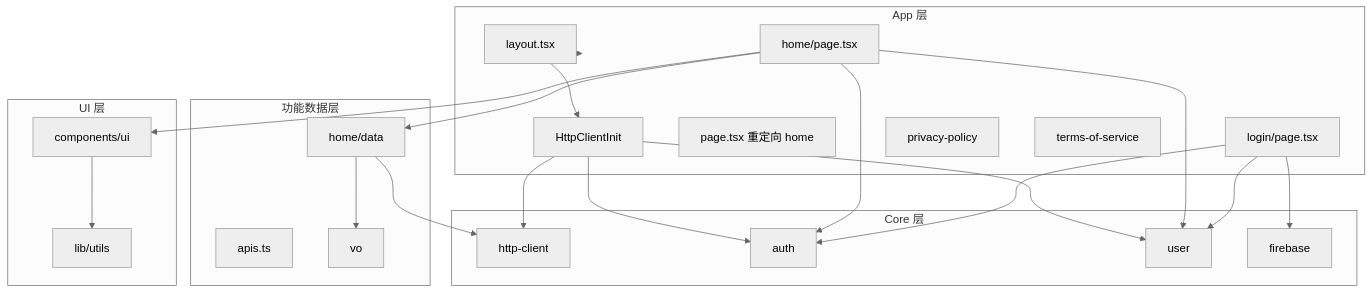
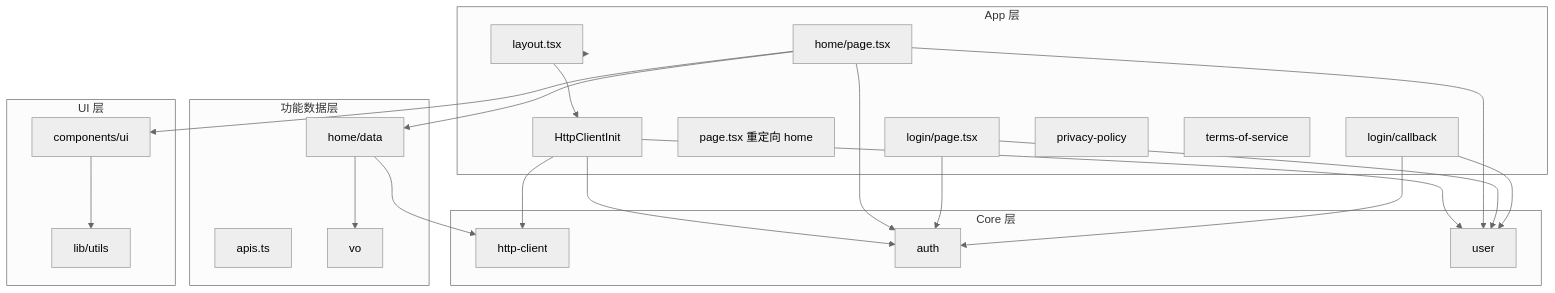
The diagram in docs/TECH_ARCHITECTURE.md (TG-lab3k/qianting-fe), drawn with Mermaid (neutral theme) before and after one commit. The commit also changed other lines of this file and 22 other files, not shown here.

````diff
--- a/docs/TECH_ARCHITECTURE.md
+++ b/docs/TECH_ARCHITECTURE.md
@@ -25,42 +25,43 @@
 ```mermaid
 flowchart TB
   subgraph app [App 层]
     layout[layout.tsx]
     HttpClientInit[HttpClientInit]
     pageRoot[page.tsx 重定向 home]
     home[home/page.tsx]
     login[login/page.tsx]
+    callback[login/callback]
     privacy[privacy-policy]
     terms[terms-of-service]
   end
   subgraph core [Core 层]
     httpClient[http-client]
     auth[auth]
     user[user]
-    firebase[firebase]
   end
   subgraph features [功能数据层]
     homeData[home/data]
     apis[apis.ts]
     vo[vo]
   end
   subgraph ui [UI 层]
     components[components/ui]
     lib[lib/utils]
   end
   layout --> HttpClientInit
   layout --> app
   HttpClientInit --> user
   HttpClientInit --> httpClient
   HttpClientInit --> auth
   home --> user
   home --> auth
   home --> homeData
   login --> auth
-  login --> firebase
   login --> user
+  callback --> auth
+  callback --> user
   homeData --> httpClient
   homeData --> vo
   home --> components
   components --> lib
 ```
````
